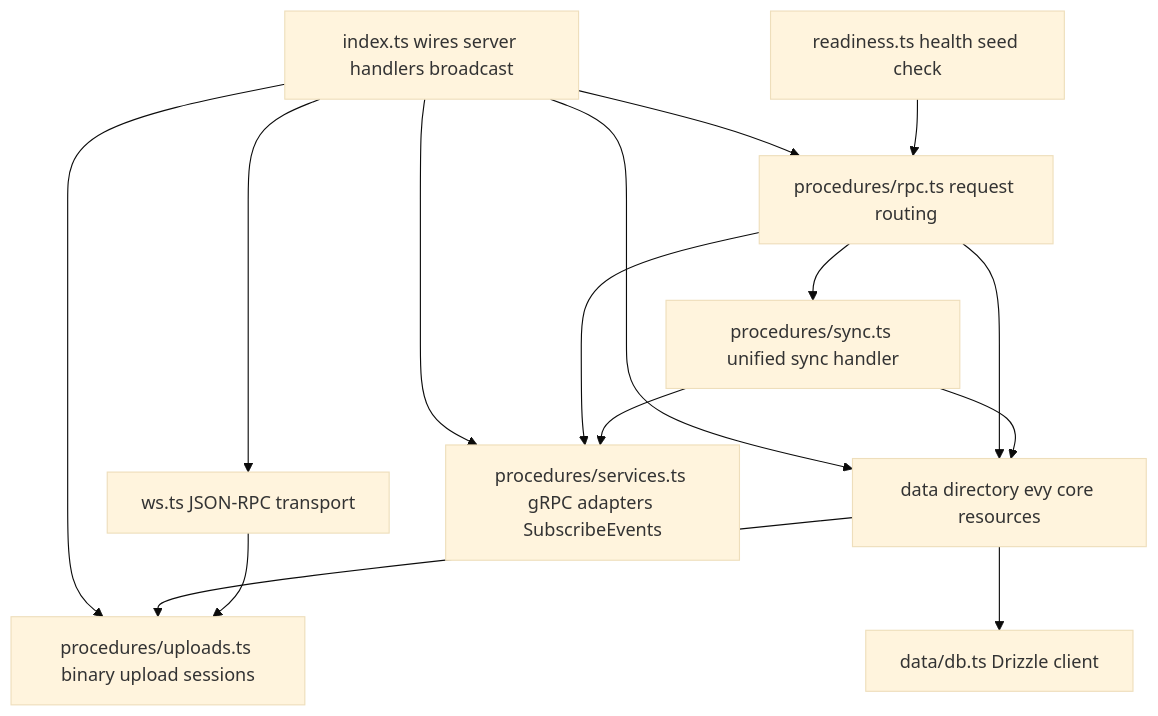
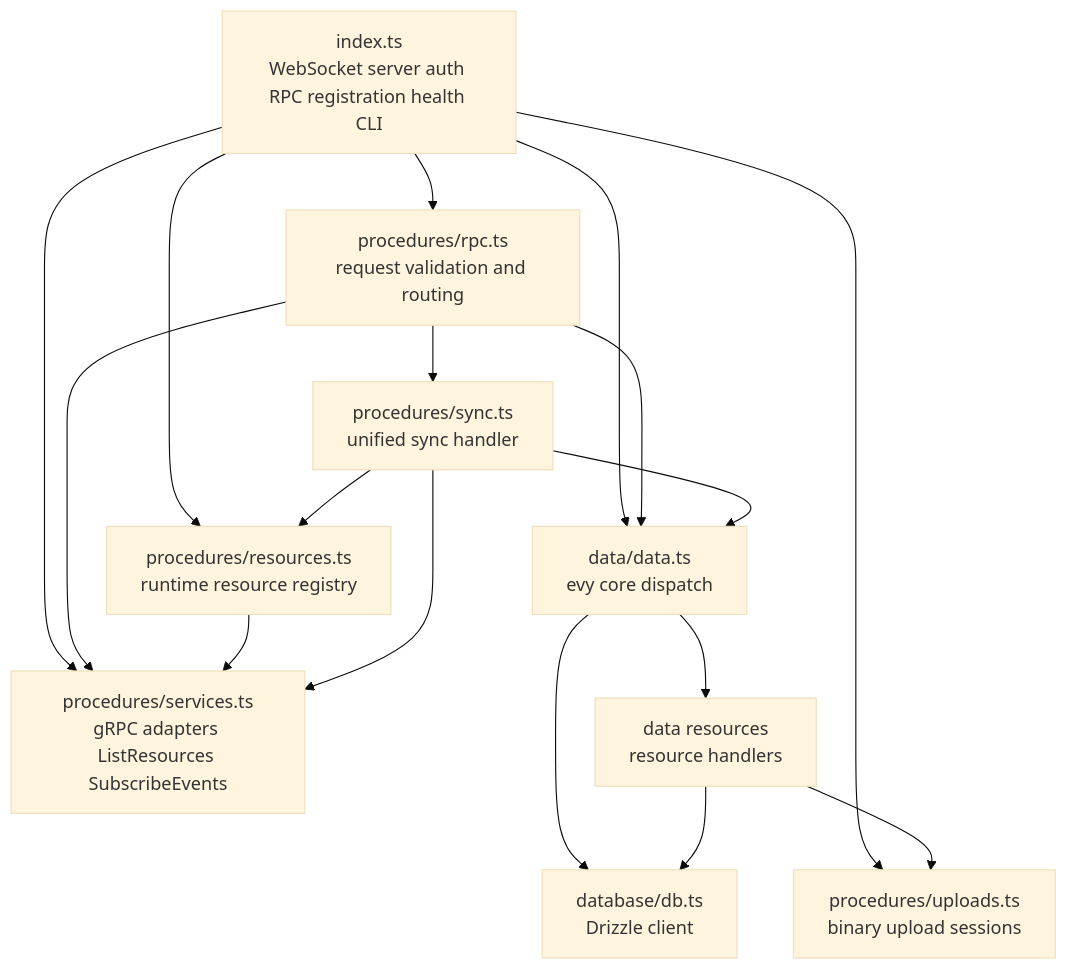
One commit to EVY-Platform/evy changed the third of 3 diagrams in api/README.md. Above: the diagram before and after it, drawn with Mermaid (base theme). The commit also changed other lines of this file and 7 other files, not shown here.

Commit message:
Fix diagrams and mermaid

````diff
--- a/api/README.md
+++ b/api/README.md
@@ -74,27 +80,29 @@
 ```mermaid
 flowchart TD
-    index[index.ts wires server handlers broadcast]
-    ws[ws.ts JSON-RPC transport]
-    rpc[procedures/rpc.ts request routing]
-    data[data directory evy core resources]
-    db[data/db.ts Drizzle client]
-    services[procedures/services.ts gRPC adapters SubscribeEvents]
-    sync[procedures/sync.ts unified sync handler]
-    uploads[procedures/uploads.ts binary upload sessions]
-    readiness[readiness.ts health seed check]
+    index[index.ts<br/>WebSocket server auth RPC registration health CLI]
+    rpc[procedures/rpc.ts<br/>request validation and routing]
+    registry[procedures/resources.ts<br/>runtime resource registry]
+    services[procedures/services.ts<br/>gRPC adapters ListResources SubscribeEvents]
+    sync[procedures/sync.ts<br/>unified sync handler]
+    uploads[procedures/uploads.ts<br/>binary upload sessions]
+    data[data/data.ts<br/>evy core dispatch]
+    resources[data resources<br/>resource handlers]
+    db[database/db.ts<br/>Drizzle client]
 
-    index --> ws
     index --> rpc
-    index --> data
+    index --> registry
     index --> services
     index --> uploads
+    index --> data
     rpc --> data
     rpc --> services
     rpc --> sync
-    data --> db
-    data --> uploads
-    ws --> uploads
+    registry --> services
     sync --> data
     sync --> services
-    readiness --> rpc
+    sync --> registry
+    data --> resources
+    data --> db
+    resources --> db
+    resources --> uploads
 ```
````
